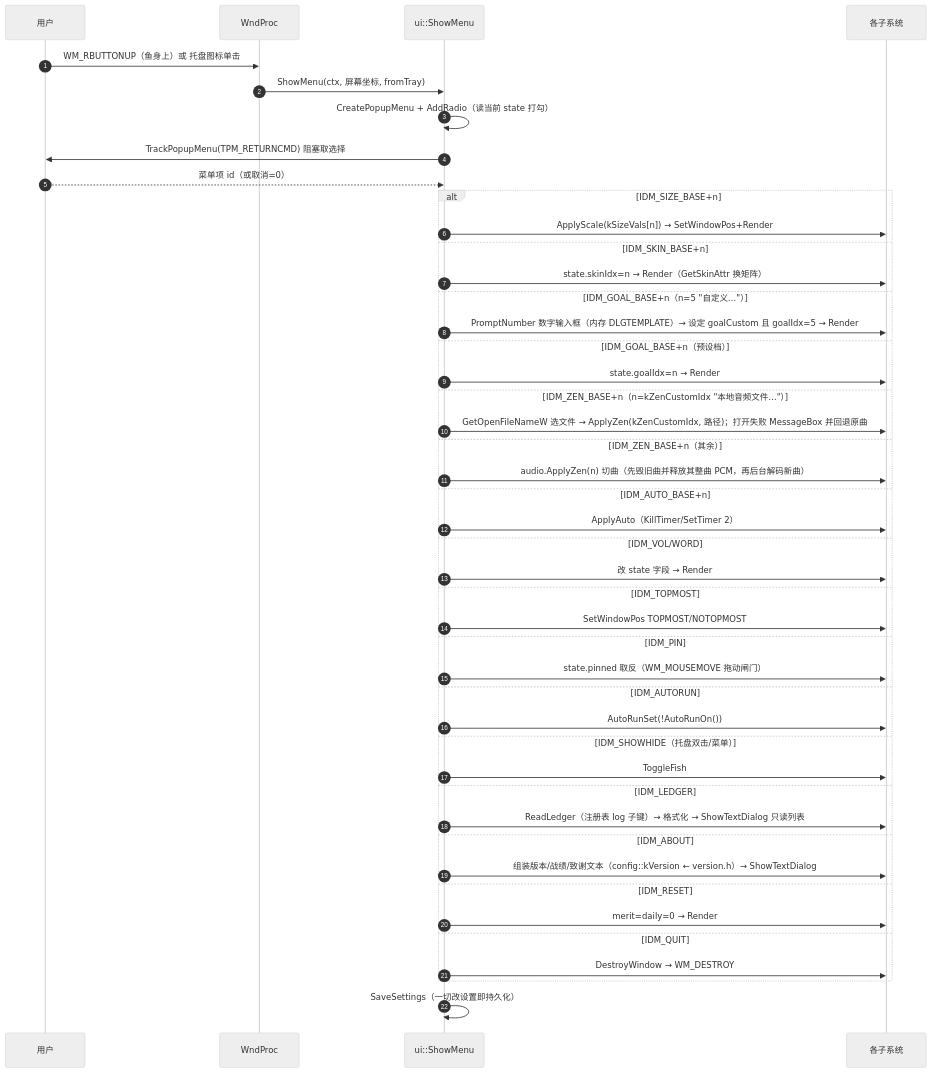
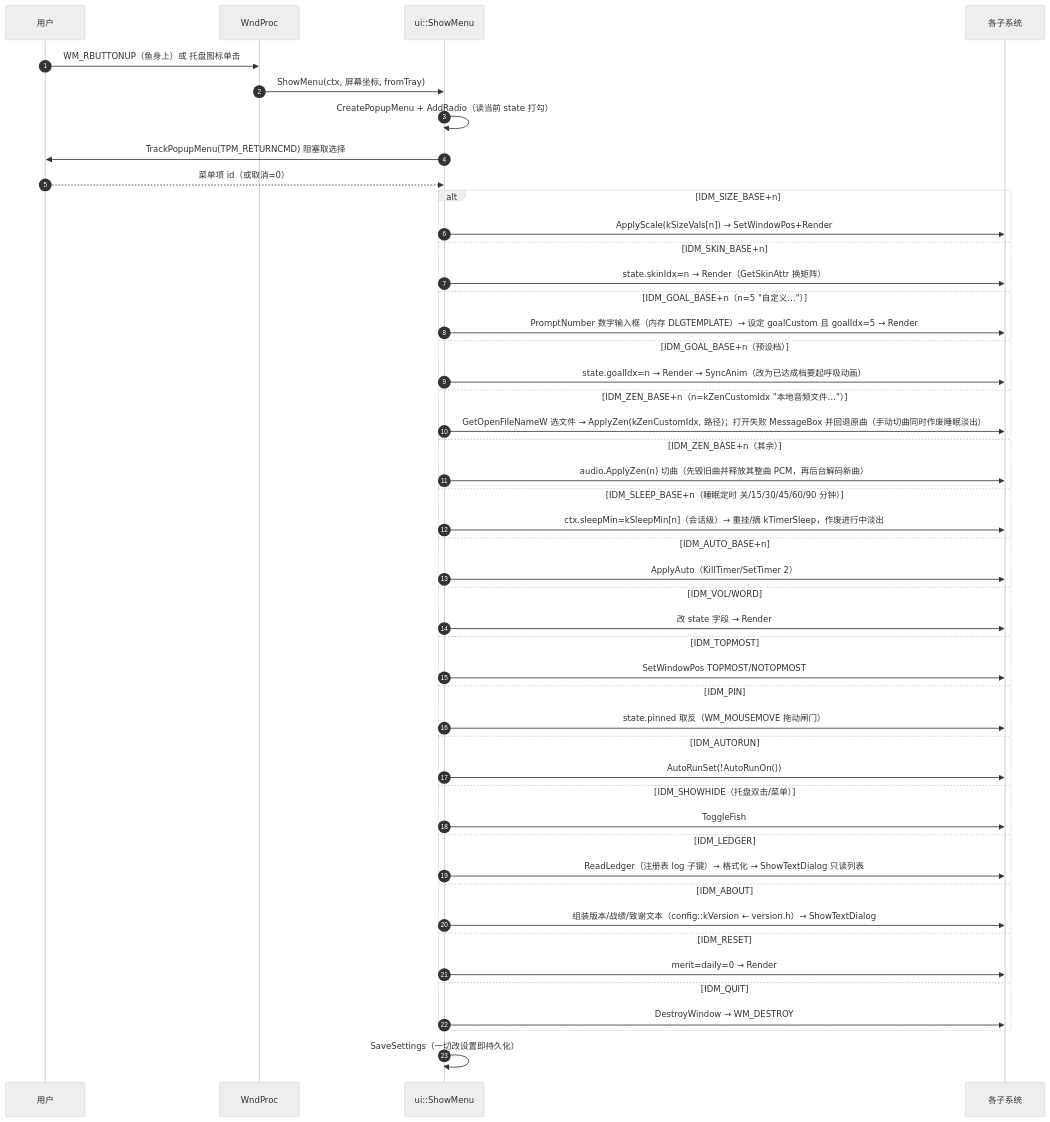
One commit to TianYunCode/wooden_fish changed the fourth of 5 diagrams in docs/sequence-diagrams.md. Above: the diagram before and after it, drawn with Mermaid (neutral theme). The commit also changed other lines of this file and 14 other files, not shown here.

````diff
--- a/docs/sequence-diagrams.md
+++ b/docs/sequence-diagrams.md
@@ -121,48 +138,50 @@
 ```mermaid
 sequenceDiagram
     autonumber
     participant U as 用户
     participant WP as WndProc
     participant MU as ui::ShowMenu
     participant SYS as 各子系统
 
     U->>WP: WM_RBUTTONUP（鱼身上）或 托盘图标单击
     WP->>MU: ShowMenu(ctx, 屏幕坐标, fromTray)
     MU->>MU: CreatePopupMenu + AddRadio（读当前 state 打勾）
     MU->>U: TrackPopupMenu(TPM_RETURNCMD) 阻塞取选择
     U-->>MU: 菜单项 id（或取消=0）
     alt IDM_SIZE_BASE+n
         MU->>SYS: ApplyScale(kSizeVals[n]) → SetWindowPos+Render
     else IDM_SKIN_BASE+n
         MU->>SYS: state.skinIdx=n → Render（GetSkinAttr 换矩阵）
     else IDM_GOAL_BASE+n（n=5 "自定义…"）
         MU->>SYS: PromptNumber 数字输入框（内存 DLGTEMPLATE）→ 设定 goalCustom 且 goalIdx=5 → Render
     else IDM_GOAL_BASE+n（预设档）
-        MU->>SYS: state.goalIdx=n → Render
+        MU->>SYS: state.goalIdx=n → Render → SyncAnim（改为已达成档要起呼吸动画）
     else IDM_ZEN_BASE+n（n=kZenCustomIdx "本地音频文件…"）
-        MU->>SYS: GetOpenFileNameW 选文件 → ApplyZen(kZenCustomIdx, 路径)；打开失败 MessageBox 并回退原曲
+        MU->>SYS: GetOpenFileNameW 选文件 → ApplyZen(kZenCustomIdx, 路径)；打开失败 MessageBox 并回退原曲（手动切曲同时作废睡眠淡出）
     else IDM_ZEN_BASE+n（其余）
         MU->>SYS: audio.ApplyZen(n) 切曲（先毁旧曲并释放其整曲 PCM，再后台解码新曲）
+    else IDM_SLEEP_BASE+n（睡眠定时 关/15/30/45/60/90 分钟）
+        MU->>SYS: ctx.sleepMin=kSleepMin[n]（会话级）→ 重挂/摘 kTimerSleep，作废进行中淡出
     else IDM_AUTO_BASE+n
         MU->>SYS: ApplyAuto（KillTimer/SetTimer 2）
     else IDM_VOL/WORD
         MU->>SYS: 改 state 字段 → Render
     else IDM_TOPMOST
         MU->>SYS: SetWindowPos TOPMOST/NOTOPMOST
     else IDM_PIN
         MU->>SYS: state.pinned 取反（WM_MOUSEMOVE 拖动闸门）
     else IDM_AUTORUN
         MU->>SYS: AutoRunSet(!AutoRunOn())
     else IDM_SHOWHIDE（托盘双击/菜单）
         MU->>SYS: ToggleFish
     else IDM_LEDGER
         MU->>SYS: ReadLedger（注册表 log 子键）→ 格式化 → ShowTextDialog 只读列表
     else IDM_ABOUT
         MU->>SYS: 组装版本/战绩/致谢文本（config::kVersion ← version.h）→ ShowTextDialog
     else IDM_RESET
         MU->>SYS: merit=daily=0 → Render
     else IDM_QUIT
         MU->>SYS: DestroyWindow → WM_DESTROY
     end
     MU->>MU: SaveSettings（一切改设置即持久化）
 ```
````
